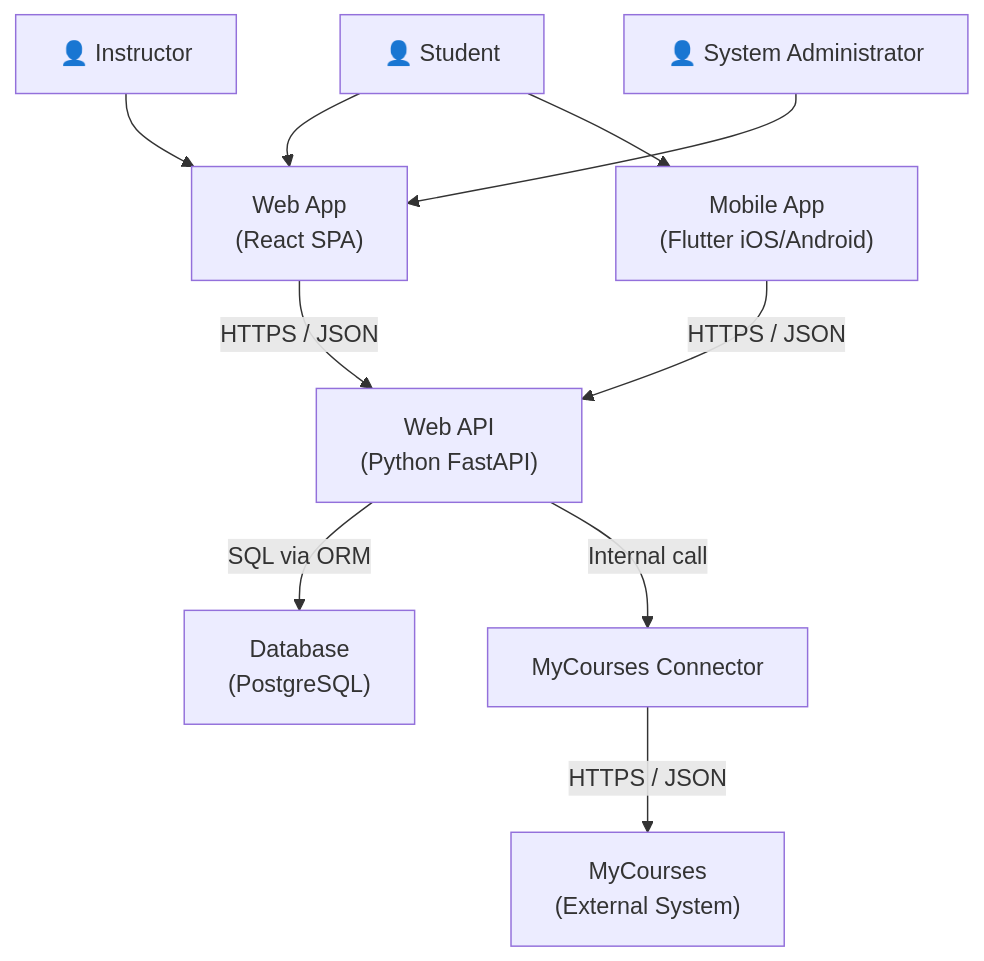
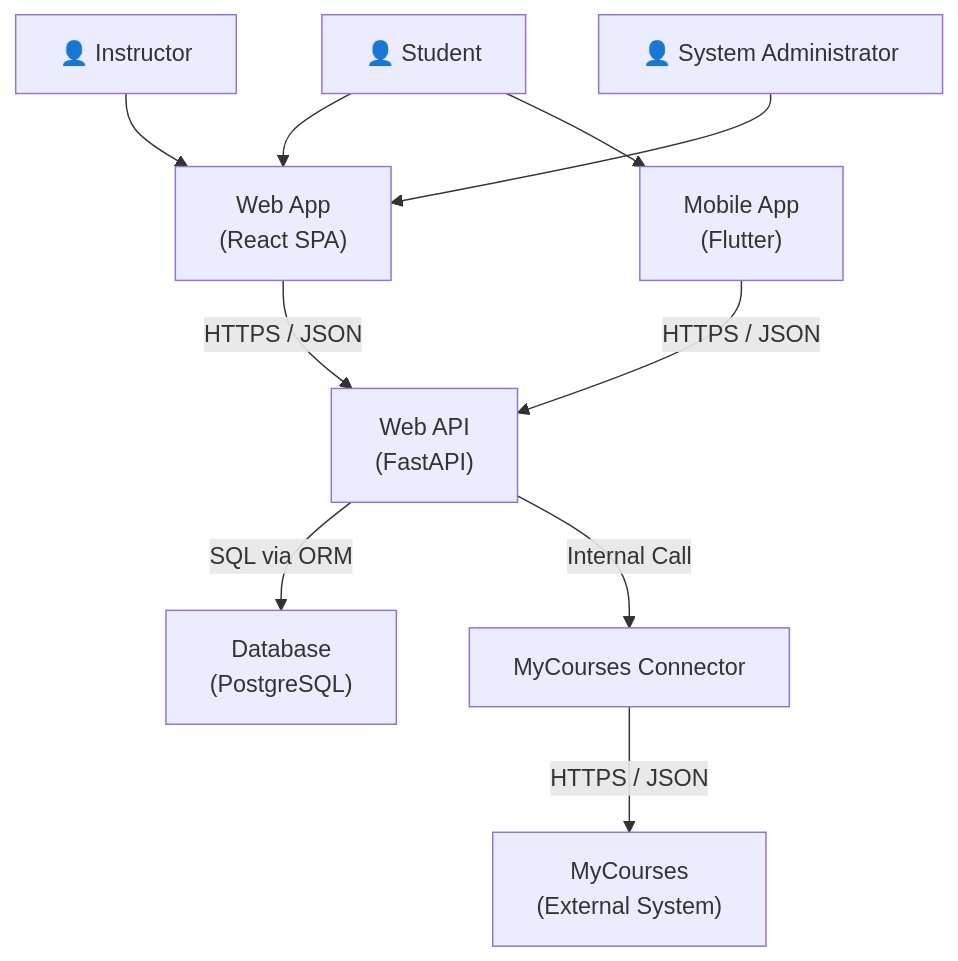
The diagram in c4-lab/ICT_to_do_Context.mmd (charifkp/AraiKorDai-todolist), drawn with Mermaid before and after one commit. The commit also changed 1 other file, not shown here.

Commit message:
Add C4 Container and Component diagrams

```diff
--- a/c4-lab/ICT_to_do_Context.mmd
+++ b/c4-lab/ICT_to_do_Context.mmd
@@ -1,23 +1,23 @@
 graph TB
     Student["👤 Student"]
     Instructor["👤 Instructor"]
     Admin["👤 System Administrator"]
 
     WebApp["Web App<br/>(React SPA)"]
-    MobileApp["Mobile App<br/>(Flutter iOS/Android)"]
-    WebAPI["Web API<br/>(Python FastAPI)"]
+    MobileApp["Mobile App<br/>(Flutter)"]
+    WebAPI["Web API<br/>(FastAPI)"]
     DB["Database<br/>(PostgreSQL)"]
     Connector["MyCourses Connector"]
     MyCourses["MyCourses<br/>(External System)"]
 
     Student --> WebApp
     Student --> MobileApp
     Instructor --> WebApp
     Admin --> WebApp
 
     WebApp -->|"HTTPS / JSON"| WebAPI
     MobileApp -->|"HTTPS / JSON"| WebAPI
 
     WebAPI -->|"SQL via ORM"| DB
-    WebAPI -->|"Internal call"| Connector
+    WebAPI -->|"Internal Call"| Connector
     Connector -->|"HTTPS / JSON"| MyCourses
```
